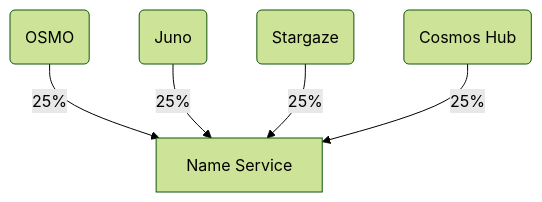
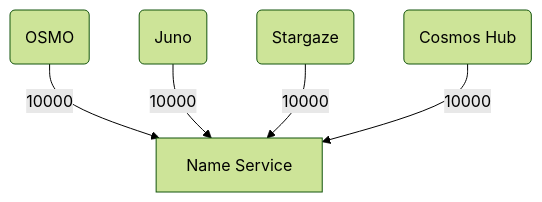
One commit to 0xVov5/mesh changed the fifth of 5 diagrams in docs/UseCases.md. Above: the diagram before and after it, drawn with Mermaid. The commit also changed other lines of this file and 1 other file, not shown here.

````diff
--- a/docs/UseCases.md
+++ b/docs/UseCases.md
@@ -74,8 +98,8 @@
 ```mermaid
 flowchart TD
   %%{init: {'theme': 'forest'}}%%
-  A(OSMO) --> |25%| N[Name Service];
-  B(Juno) -- 25% --> N;
-  C(Stargaze) -- 25% --> N;
-  D(Cosmos Hub) -- 25% --> N;
+  A(OSMO) --> |10000| N[Name Service];
+  B(Juno) -- 10000 --> N;
+  C(Stargaze) -- 10000 --> N;
+  D(Cosmos Hub) -- 10000 --> N;
 ```
````
